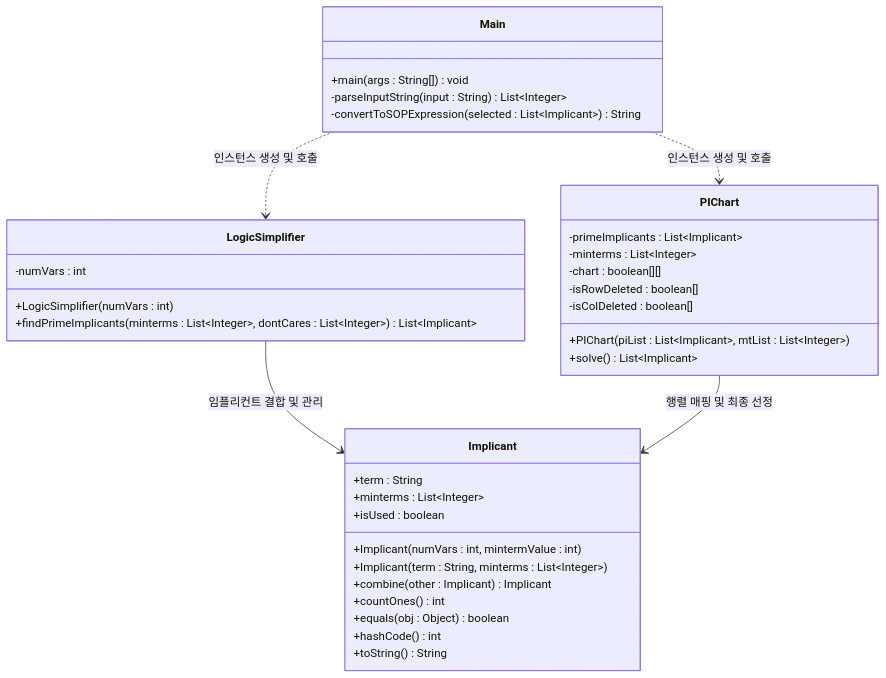
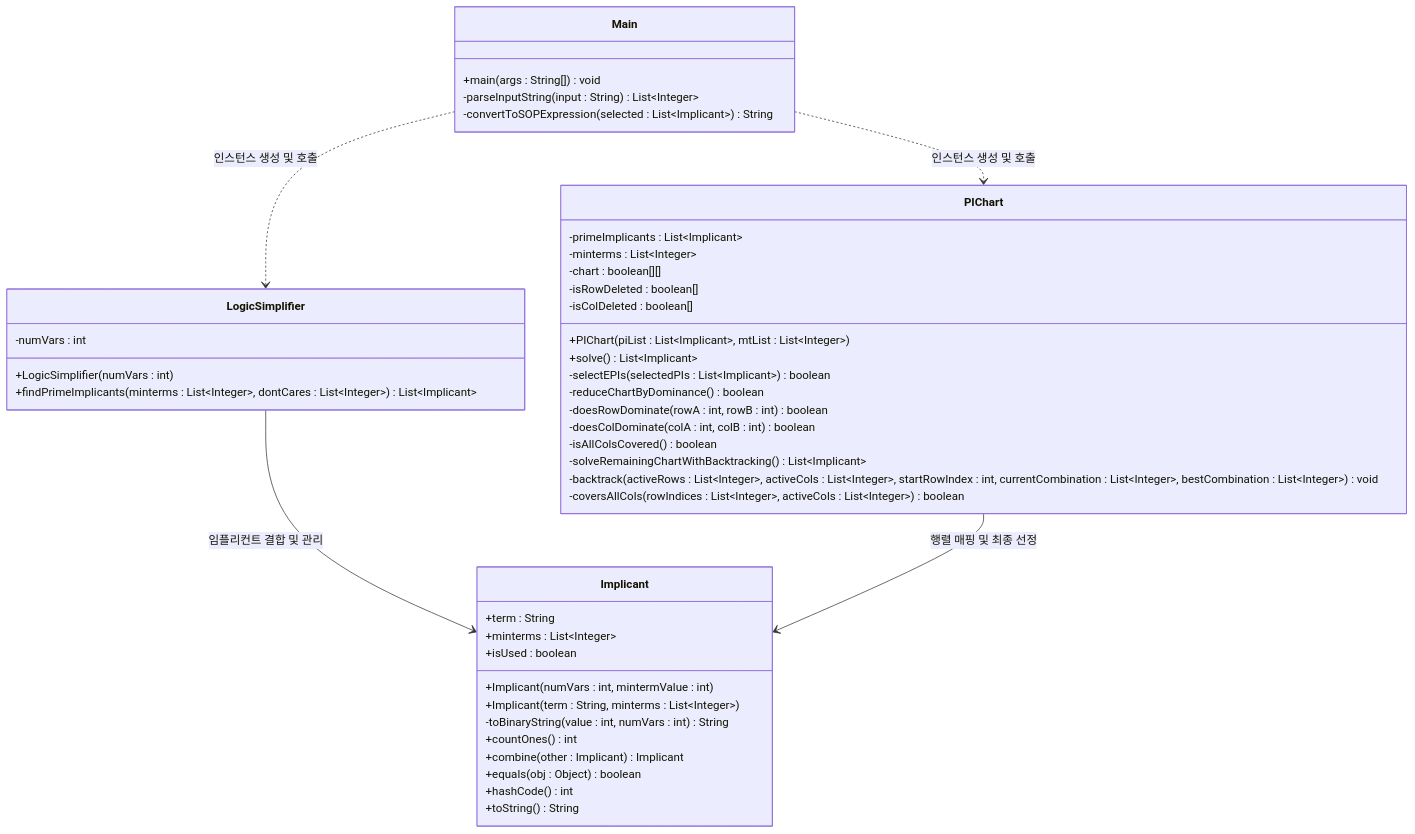
One commit to prestige-kim/Logic-Design changed the first of 2 diagrams in methods_structure.md. Above: the diagram before and after it, drawn with Mermaid. The commit also changed other lines of this file and 2 other files, not shown here.

Commit message:
docs: synchronize full 1:1 method mapping across specifications and UML diagram

````diff
--- a/methods_structure.md
+++ b/methods_structure.md
@@ -11,40 +11,49 @@
 ```mermaid
 classDiagram
     direction TB
     class Main {
         +main(args : String[]) void
         -parseInputString(input : String) List~Integer~
         -convertToSOPExpression(selected : List~Implicant~) String
     }
     class Implicant {
         +term : String
         +minterms : List~Integer~
         +isUsed : boolean
         +Implicant(numVars : int, mintermValue : int)
         +Implicant(term : String, minterms : List~Integer~)
+        -toBinaryString(value : int, numVars : int) String
+        +countOnes() int
         +combine(other : Implicant) Implicant
-        +countOnes() int
         +equals(obj : Object) boolean
         +hashCode() int
         +toString() String
     }
     class LogicSimplifier {
         -numVars : int
         +LogicSimplifier(numVars : int)
         +findPrimeImplicants(minterms : List~Integer~, dontCares : List~Integer~) List~Implicant~
     }
     class PIChart {
         -primeImplicants : List~Implicant~
         -minterms : List~Integer~
         -chart : boolean[][]
         -isRowDeleted : boolean[]
         -isColDeleted : boolean[]
         +PIChart(piList : List~Implicant~, mtList : List~Integer~)
         +solve() List~Implicant~
+        -selectEPIs(selectedPIs : List~Implicant~) boolean
+        -reduceChartByDominance() boolean
+        -doesRowDominate(rowA : int, rowB : int) boolean
+        -doesColDominate(colA : int, colB : int) boolean
+        -isAllColsCovered() boolean
+        -solveRemainingChartWithBacktracking() List~Implicant~
+        -backtrack(activeRows : List~Integer~, activeCols : List~Integer~, startRowIndex : int, currentCombination : List~Integer~, bestCombination : List~Integer~) void
+        -coversAllCols(rowIndices : List~Integer~, activeCols : List~Integer~) boolean
     }
 
     Main ..> LogicSimplifier : 인스턴스 생성 및 호출
     Main ..> PIChart : 인스턴스 생성 및 호출
     LogicSimplifier --> Implicant : 임플리컨트 결합 및 관리
     PIChart --> Implicant : 행렬 매핑 및 최종 선정
 ```
````
